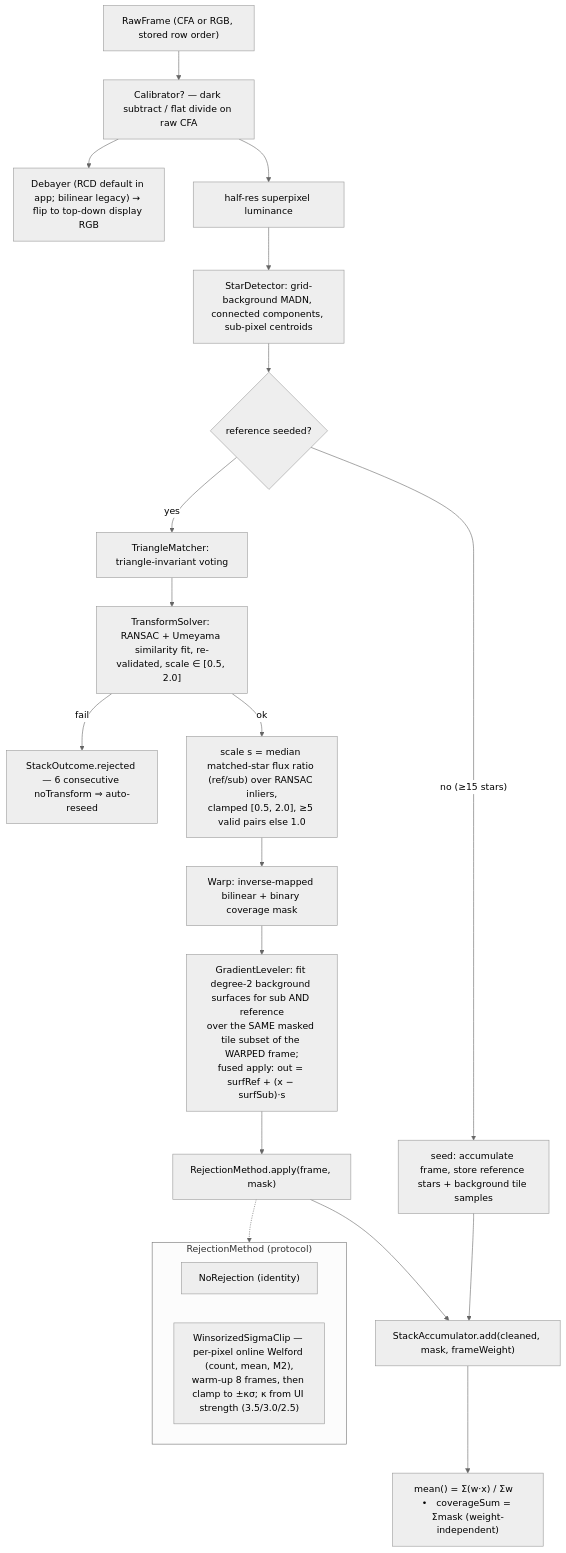
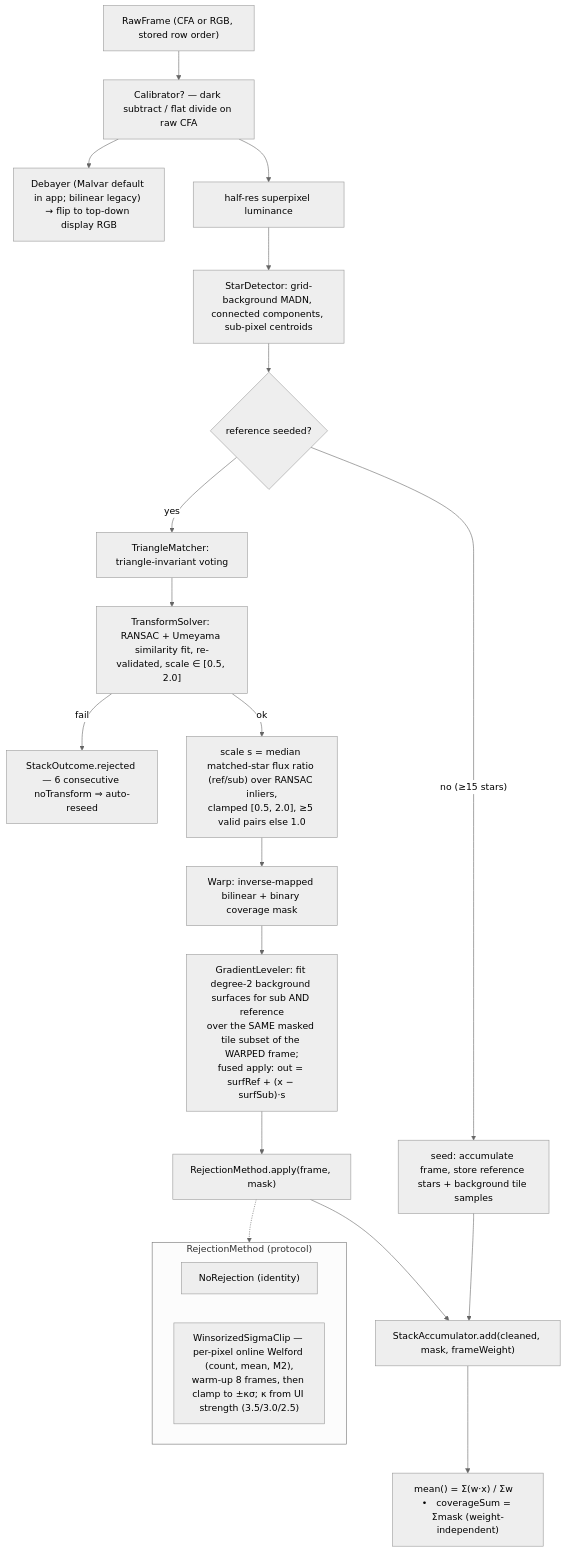
Before and after one commit to paulydavis/liveastro-studio: the third of 5 diagrams in ARCHITECTURE.md, drawn with Mermaid (neutral theme). The commit also changed other lines of this file and 6 other files, not shown here.

````diff
--- a/ARCHITECTURE.md
+++ b/ARCHITECTURE.md
@@ -122,25 +122,25 @@
 ```mermaid
 flowchart TB
     RF["RawFrame (CFA or RGB, stored row order)"] --> CAL["Calibrator? — dark subtract / flat divide on raw CFA"]
-    CAL --> DB["Debayer (RCD default in app; bilinear legacy) → flip to top-down display RGB"]
+    CAL --> DB["Debayer (Malvar default in app; bilinear legacy) → flip to top-down display RGB"]
     CAL --> LUM["half-res superpixel luminance"]
     LUM --> SD["StarDetector: grid-background MADN, connected components, sub-pixel centroids"]
     SD --> REF{"reference seeded?"}
     REF -- "no (≥15 stars)" --> SEED["seed: accumulate frame, store reference stars + background tile samples"]
     REF -- yes --> MATCH["TriangleMatcher: triangle-invariant voting"]
     MATCH --> SOLVE["TransformSolver: RANSAC + Umeyama similarity fit, re-validated, scale ∈ [0.5, 2.0]"]
     SOLVE -- fail --> REJ["StackOutcome.rejected — 6 consecutive noTransform ⇒ auto-reseed"]
     SOLVE -- ok --> SCALE["scale s = median matched-star flux ratio (ref/sub) over RANSAC inliers,\nclamped [0.5, 2.0], ≥5 valid pairs else 1.0"]
     SCALE --> WARP["Warp: inverse-mapped bilinear + binary coverage mask"]
     WARP --> LVL["GradientLeveler: fit degree-2 background surfaces for sub AND reference\nover the SAME masked tile subset of the WARPED frame;\nfused apply: out = surfRef + (x − surfSub)·s"]
     LVL --> RJM["RejectionMethod.apply(frame, mask)"]
     RJM --> ACC["StackAccumulator.add(cleaned, mask, frameWeight)"]
     SEED --> ACC
     ACC --> MEAN["mean() = Σ(w·x) / Σw   •   coverageSum = Σmask (weight-independent)"]
 
     subgraph Pluggable["RejectionMethod (protocol)"]
         NoRej["NoRejection (identity)"]
         WSC["WinsorizedSigmaClip — per-pixel online Welford (count, mean, M2),\nwarm-up 8 frames, then clamp to ±κσ; κ from UI strength (3.5/3.0/2.5)"]
     end
     RJM -.-> Pluggable
 ```
````
